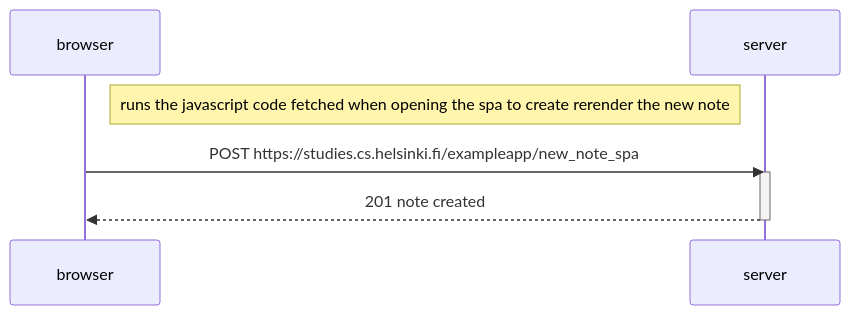
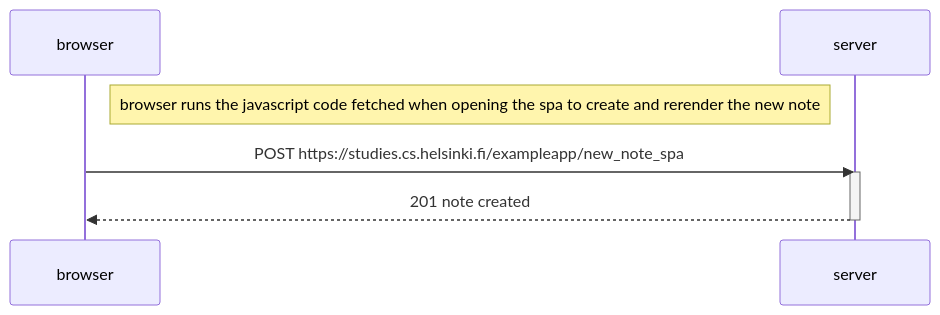
Before and after one commit to asmitaagarwal4/FullStackOpen: the diagram in part0/New_note_spa_diagram.md, drawn with Mermaid.

Commit message:
fixing error

````diff
--- a/part0/New_note_spa_diagram.md
+++ b/part0/New_note_spa_diagram.md
@@ -1,13 +1,13 @@
 ```mermaid
 sequenceDiagram
     participant browser
     participant server
     
-    Note right of browser: runs the javascript code fetched when opening the spa to create rerender the new note  
+    Note right of browser: browser runs the javascript code fetched when opening the spa to create and rerender the new note  
 
     browser->>server: POST https://studies.cs.helsinki.fi/exampleapp/new_note_spa
     activate server
     server-->>browser: 201 note created
     deactivate server
 
 ```
````
